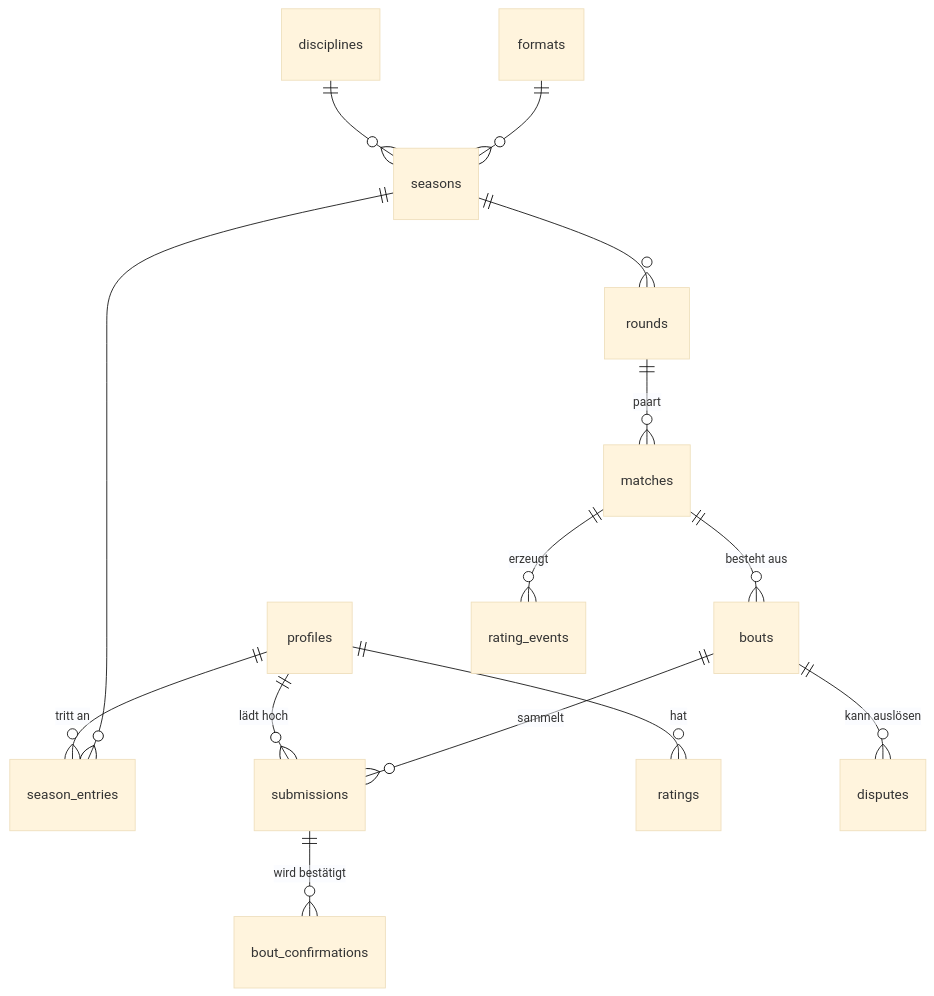
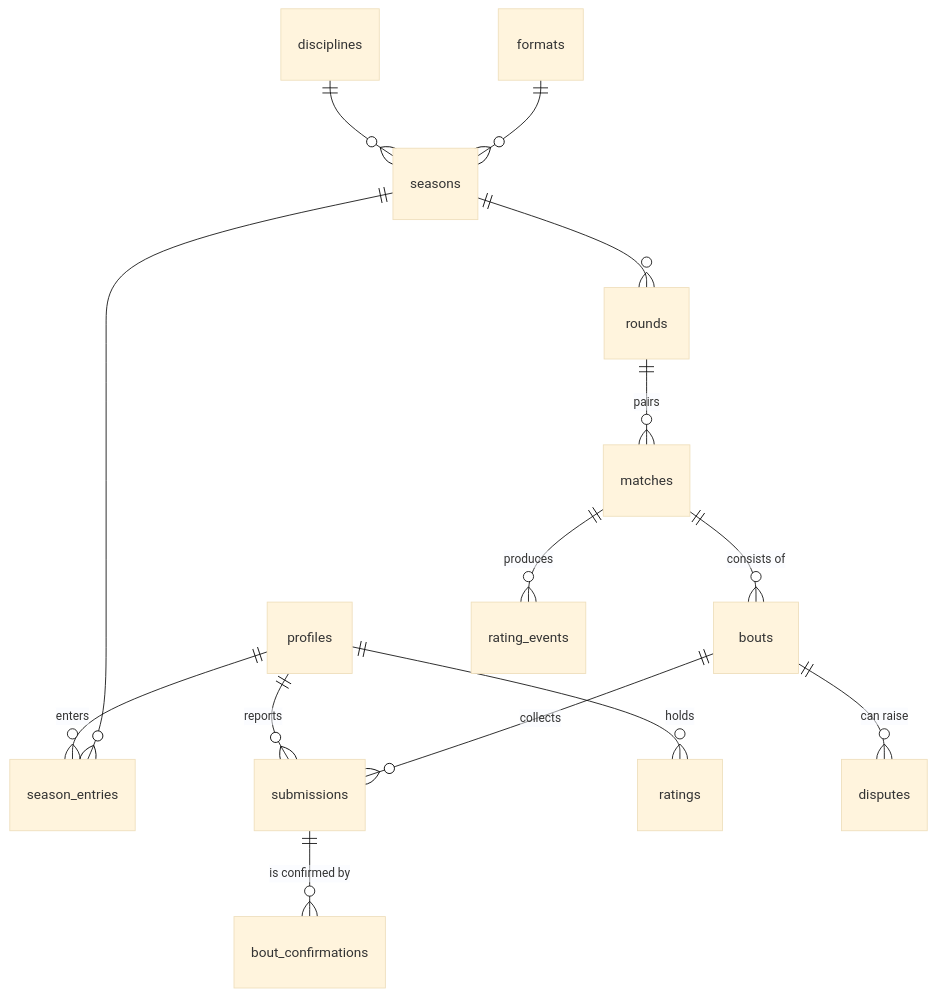
Before and after one commit to tjgehmann/worldshootingleague: the first of 2 diagrams in docs/data-model.md, drawn with Mermaid (base theme). The commit also changed other lines of this file and 19 other files, not shown here.

````diff
--- a/docs/data-model.md
+++ b/docs/data-model.md
@@ -18,19 +18,19 @@
 ```mermaid
 erDiagram
-    profiles ||--o{ season_entries : "tritt an"
-    profiles ||--o{ submissions : "lädt hoch"
-    profiles ||--o{ ratings : "hat"
+    profiles ||--o{ season_entries : "enters"
+    profiles ||--o{ submissions : "reports"
+    profiles ||--o{ ratings : "holds"
 
     disciplines ||--o{ seasons : ""
     formats     ||--o{ seasons : ""
     seasons     ||--o{ rounds : ""
     seasons     ||--o{ season_entries : ""
 
-    rounds  ||--o{ matches : "paart"
-    matches ||--o{ bouts : "besteht aus"
-    bouts   ||--o{ submissions : "sammelt"
-    bouts   ||--o{ disputes : "kann auslösen"
+    rounds  ||--o{ matches : "pairs"
+    matches ||--o{ bouts : "consists of"
+    bouts   ||--o{ submissions : "collects"
+    bouts   ||--o{ disputes : "can raise"
 
-    matches ||--o{ rating_events : "erzeugt"
-    submissions ||--o{ bout_confirmations : "wird bestätigt"
+    matches ||--o{ rating_events : "produces"
+    submissions ||--o{ bout_confirmations : "is confirmed by"
 ```
````
